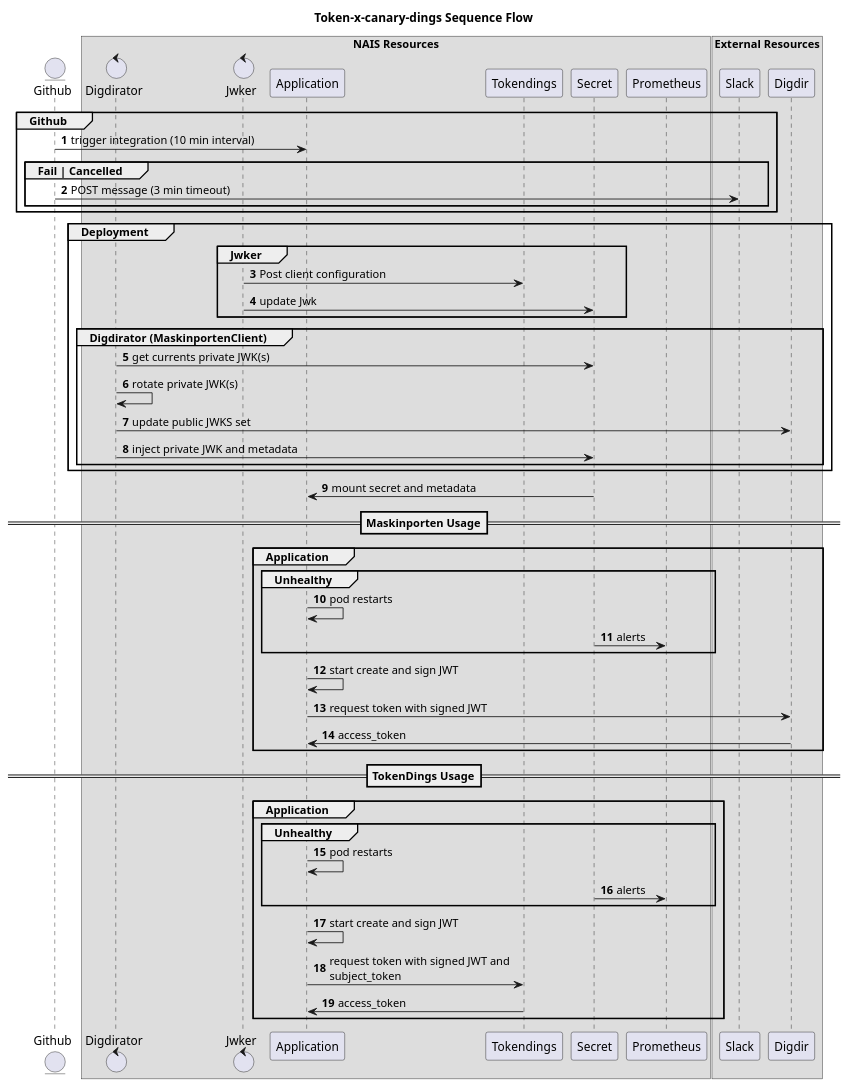
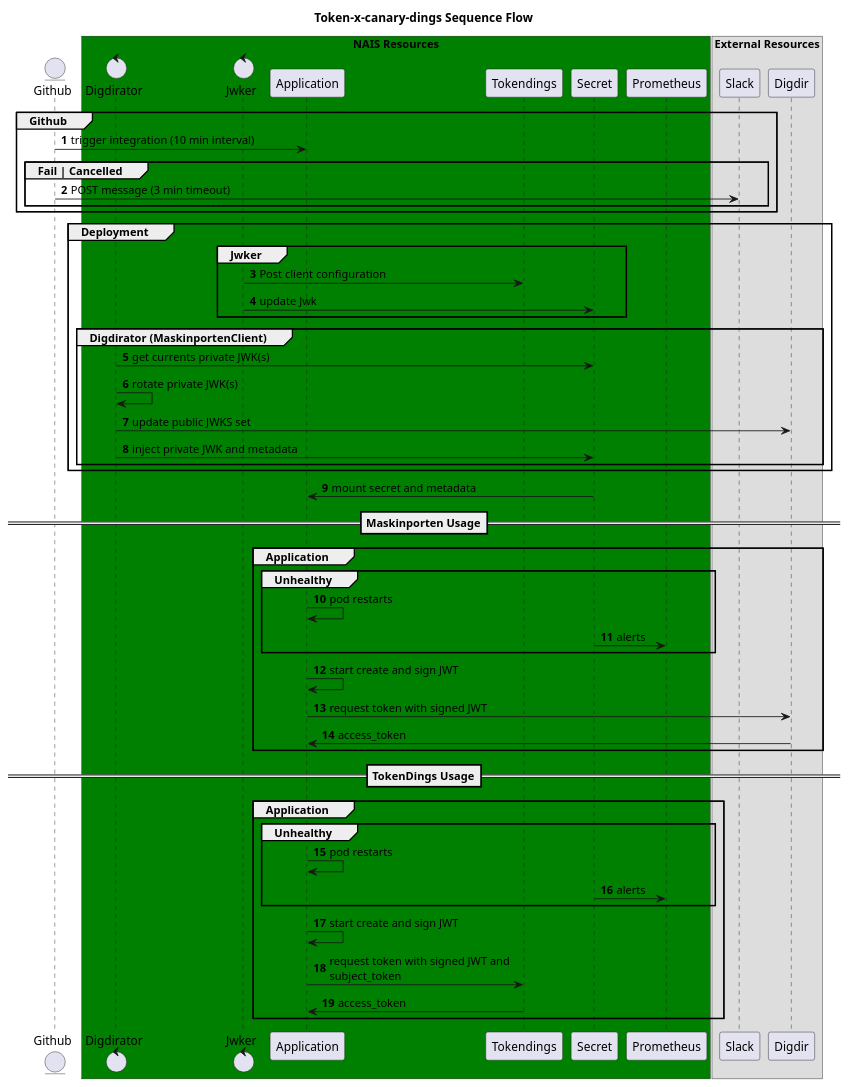
One commit to navikt/digdirator-maskinporten changed the diagram in docs/sequence.puml. Above: the diagram before and after it, drawn with PlantUML. The commit also changed 1 other file, not shown here.

```diff
--- a/docs/sequence.puml
+++ b/docs/sequence.puml
@@ -1,67 +1,67 @@
 @startuml component
 title Token-x-canary-dings Sequence Flow
 skinparam maxMessageSize 300
 autonumber
 
 entity github as "Github"
 
-box "NAIS Resources"
+box "NAIS Resources" #Green
 control digdirator as "Digdirator"
 control jwker as "Jwker"
 participant application as "Application"
 participant tokendings as "Tokendings"
 participant nais as "Secret"
 participant prom as "Prometheus"
 end box
 
 box "External Resources"
 participant slack as "Slack"
 participant digdir as "Digdir"
 end box
 
 group Github
 github -> application: trigger integration (10 min interval)
     group Fail | Cancelled
     github -> slack: POST message (3 min timeout)
     end
 end
 
 group Deployment
 group Jwker
     jwker -> tokendings: Post client configuration
     jwker -> nais: update Jwk
 end
 
 group Digdirator (MaskinportenClient)
         digdirator -> nais: get currents private JWK(s)
         digdirator -> digdirator: rotate private JWK(s)
         digdirator -> digdir: update public JWKS set
         digdirator -> nais: inject private JWK and metadata
     end
 end
 
 nais -> application: mount secret and metadata
 
 ==Maskinporten Usage==
 group Application
     group Unhealthy
         application -> application: pod restarts
         nais -> prom: alerts
     end
     application -> application: start create and sign JWT
     application -> digdir: request token with signed JWT
     digdir -> application: access_token
 end
 
 ==TokenDings Usage==
 group Application
     group Unhealthy
         application -> application: pod restarts
         nais -> prom: alerts
     end
     application -> application: start create and sign JWT
     application -> tokendings: request token with signed JWT and subject_token
     tokendings -> application: access_token
 end
 
 @enduml
```
